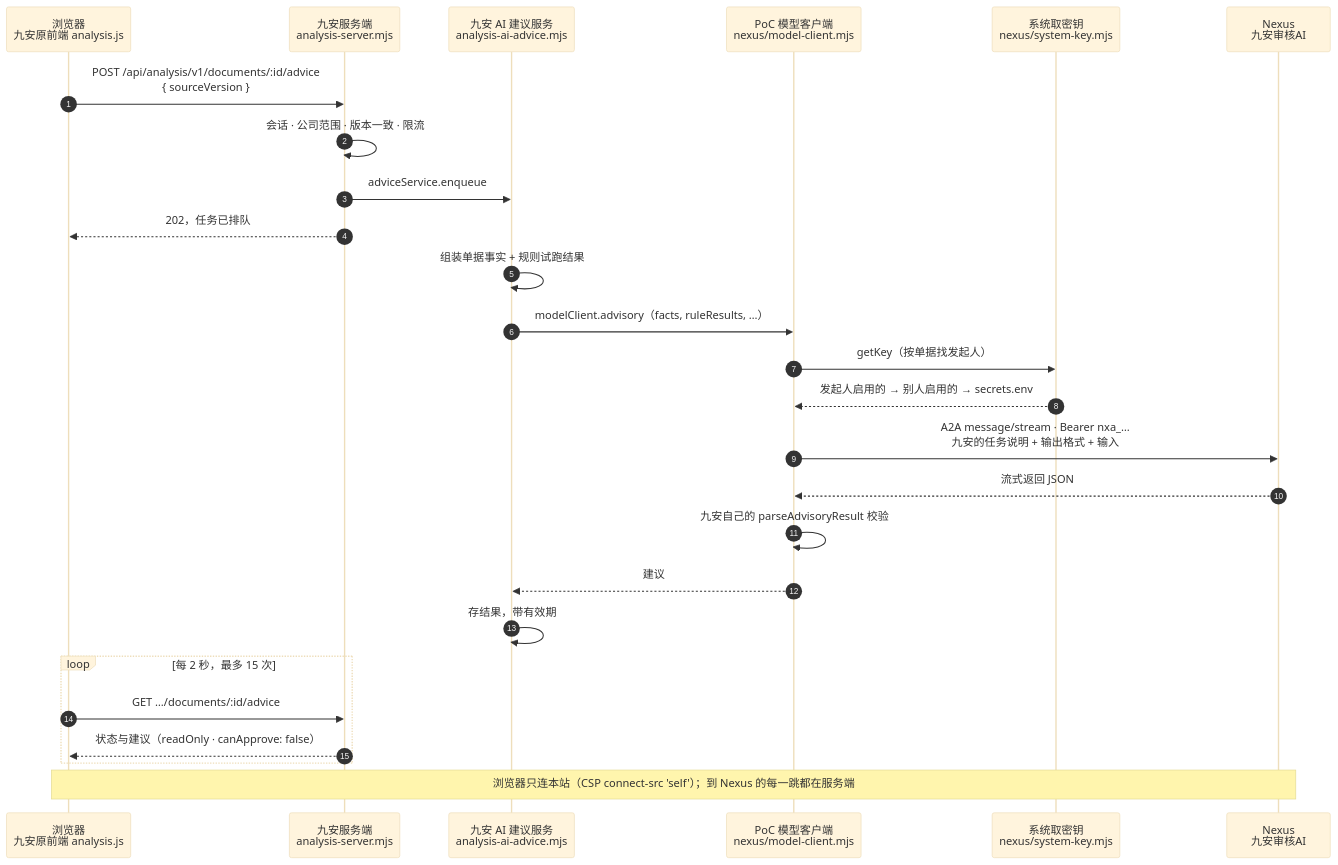
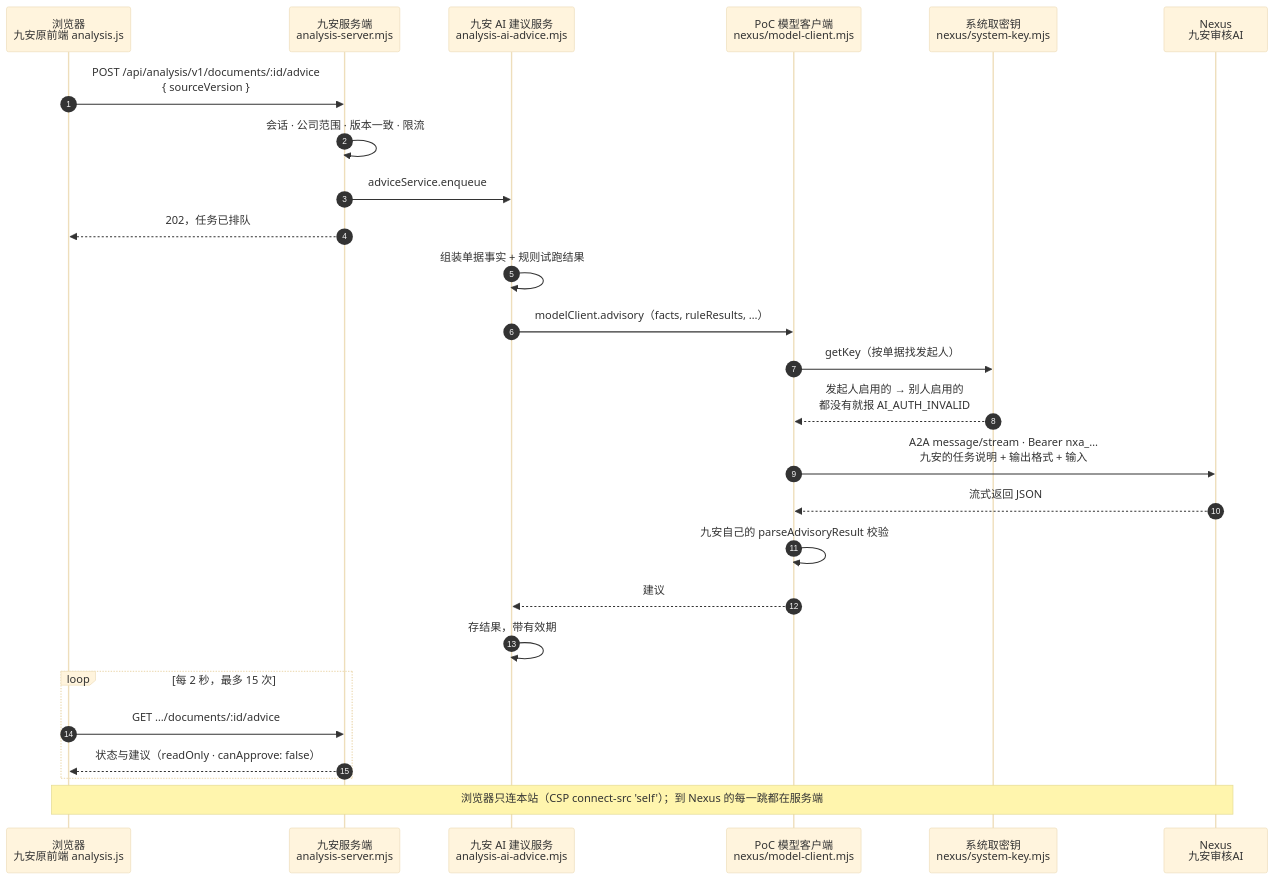
Before and after one commit to LiboMa/nexus-jiuan-agent-framework-poc: the diagram in docs/assets/diagrams/seq-frontend-a2a.mmd, drawn with Mermaid (base theme). The commit also changed 118 other files, not shown here.

```diff
--- a/docs/assets/diagrams/seq-frontend-a2a.mmd
+++ b/docs/assets/diagrams/seq-frontend-a2a.mmd
@@ -1,26 +1,26 @@
 sequenceDiagram
   autonumber
   participant B as 浏览器<br/>九安原前端 analysis.js
   participant S as 九安服务端<br/>analysis-server.mjs
   participant A as 九安 AI 建议服务<br/>analysis-ai-advice.mjs
   participant M as PoC 模型客户端<br/>nexus/model-client.mjs
   participant K as 系统取密钥<br/>nexus/system-key.mjs
   participant N as Nexus<br/>九安审核AI
   B->>S: POST /api/analysis/v1/documents/:id/advice<br/>{ sourceVersion }
   S->>S: 会话 · 公司范围 · 版本一致 · 限流
   S->>A: adviceService.enqueue
   S-->>B: 202，任务已排队
   A->>A: 组装单据事实 + 规则试跑结果
   A->>M: modelClient.advisory（facts, ruleResults, …）
   M->>K: getKey（按单据找发起人）
-  K-->>M: 发起人启用的 → 别人启用的 → secrets.env
+  K-->>M: 发起人启用的 → 别人启用的<br/>都没有就报 AI_AUTH_INVALID
   M->>N: A2A message/stream · Bearer nxa_…<br/>九安的任务说明 + 输出格式 + 输入
   N-->>M: 流式返回 JSON
   M->>M: 九安自己的 parseAdvisoryResult 校验
   M-->>A: 建议
   A->>A: 存结果，带有效期
   loop 每 2 秒，最多 15 次
     B->>S: GET …/documents/:id/advice
     S-->>B: 状态与建议（readOnly · canApprove: false）
   end
   Note over B,N: 浏览器只连本站（CSP connect-src 'self'）；到 Nexus 的每一跳都在服务端
```
